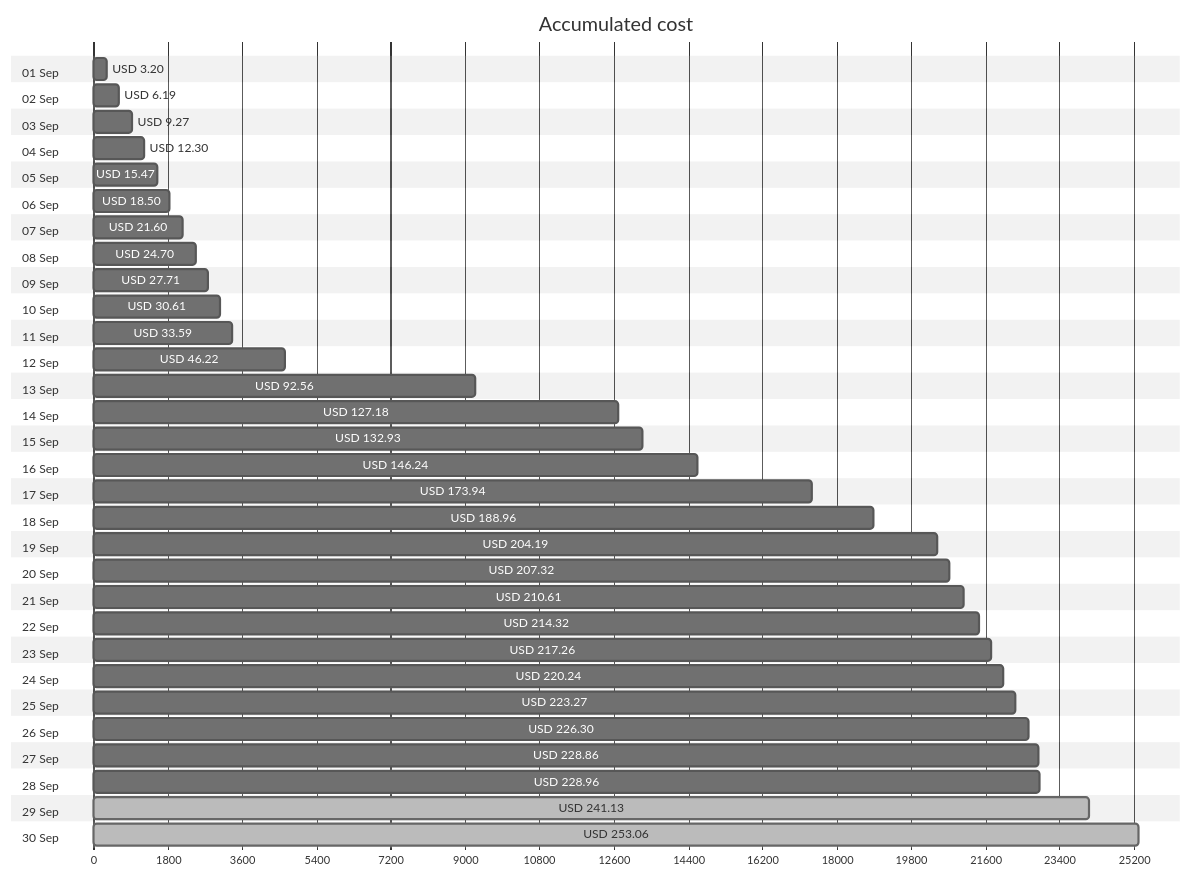
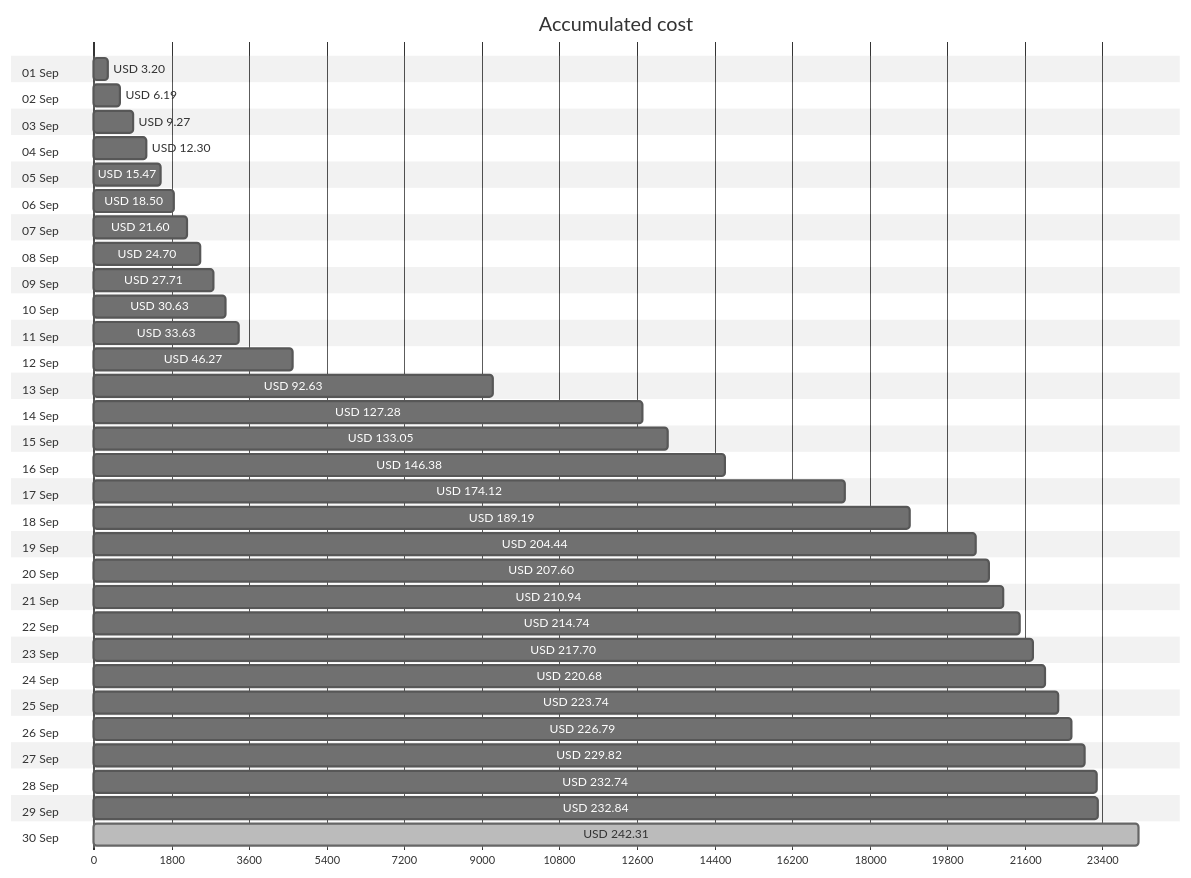
One commit to jpfulton/azure-personal-reports changed the first of 4 diagrams in cost-reports/personal-network/README.md. Above: the diagram before and after it, drawn with Mermaid (neutral theme). The commit also changed other lines of this file and 9 other files, not shown here.

````diff
--- a/cost-reports/personal-network/README.md
+++ b/cost-reports/personal-network/README.md
@@ -20,66 +20,66 @@
 ```mermaid
 gantt
    title Accumulated cost
    dateFormat  X
    axisFormat %s
    section 01 Sep
    USD 3.20 :0, 320
    section 02 Sep
    USD 6.19 :0, 619
    section 03 Sep
    USD 9.27 :0, 927
    section 04 Sep
    USD 12.30 :0, 1230
    section 05 Sep
    USD 15.47 :0, 1547
    section 06 Sep
    USD 18.50 :0, 1850
    section 07 Sep
    USD 21.60 :0, 2160
    section 08 Sep
    USD 24.70 :0, 2470
    section 09 Sep
    USD 27.71 :0, 2771
    section 10 Sep
-   USD 30.61 :0, 3061
+   USD 30.63 :0, 3063
    section 11 Sep
-   USD 33.59 :0, 3359
+   USD 33.63 :0, 3363
    section 12 Sep
-   USD 46.22 :0, 4622
+   USD 46.27 :0, 4627
    section 13 Sep
-   USD 92.56 :0, 9256
+   USD 92.63 :0, 9263
    section 14 Sep
-   USD 127.18 :0, 12718
+   USD 127.28 :0, 12728
    section 15 Sep
-   USD 132.93 :0, 13293
+   USD 133.05 :0, 13305
    section 16 Sep
-   USD 146.24 :0, 14624
+   USD 146.38 :0, 14638
    section 17 Sep
-   USD 173.94 :0, 17394
+   USD 174.12 :0, 17412
    section 18 Sep
-   USD 188.96 :0, 18896
+   USD 189.19 :0, 18919
    section 19 Sep
-   USD 204.19 :0, 20419
+   USD 204.44 :0, 20444
    section 20 Sep
-   USD 207.32 :0, 20732
+   USD 207.60 :0, 20760
    section 21 Sep
-   USD 210.61 :0, 21061
+   USD 210.94 :0, 21094
    section 22 Sep
-   USD 214.32 :0, 21432
+   USD 214.74 :0, 21474
    section 23 Sep
-   USD 217.26 :0, 21726
+   USD 217.70 :0, 21770
    section 24 Sep
-   USD 220.24 :0, 22024
+   USD 220.68 :0, 22068
    section 25 Sep
-   USD 223.27 :0, 22327
+   USD 223.74 :0, 22374
    section 26 Sep
-   USD 226.30 :0, 22630
+   USD 226.79 :0, 22679
    section 27 Sep
-   USD 228.86 :0, 22886
+   USD 229.82 :0, 22982
    section 28 Sep
-   USD 228.96 :0, 22896
+   USD 232.74 :0, 23274
    section 29 Sep
-   USD 241.13 : done, 0, 24113
+   USD 232.84 :0, 23284
    section 30 Sep
-   USD 253.06 : done, 0, 25306
+   USD 242.31 : done, 0, 24231
 ```
````
